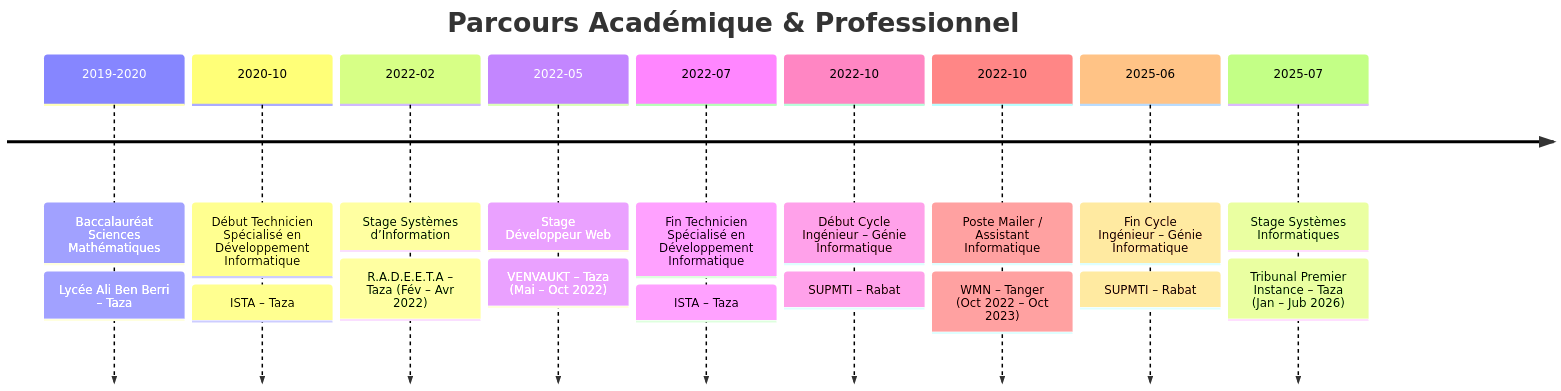
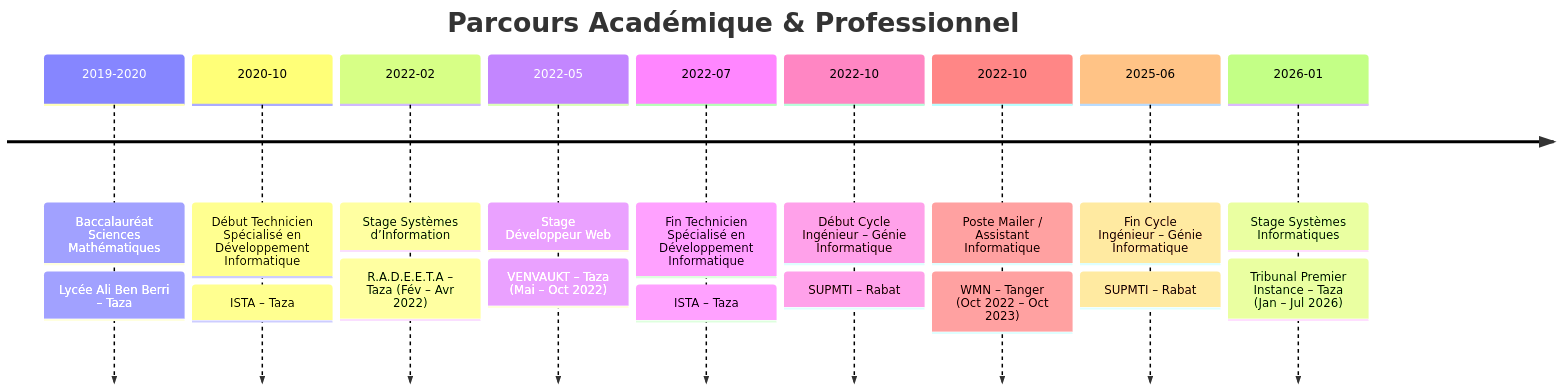
The diagram in README.md (AYMANE777/AYMANE777), drawn with Mermaid before and after one commit.

Commit message:
Update internship date in README.md

````diff
--- a/README.md
+++ b/README.md
@@ -70,32 +70,32 @@
 ```mermaid
 timeline
     title Parcours Académique & Professionnel
 
     2019-2020 : Baccalauréat Sciences Mathématiques
               : Lycée Ali Ben Berri – Taza
 
     2020-10 : Début Technicien Spécialisé en Développement Informatique
             : ISTA – Taza
 
     2022-02 : Stage Systèmes d’Information
             : R.A.D.E.E.T.A – Taza (Fév – Avr 2022)
 
     2022-05 : Stage Développeur Web
             : VENVAUKT – Taza (Mai – Oct 2022)
 
     2022-07 : Fin Technicien Spécialisé en Développement Informatique
             : ISTA – Taza
 
     2022-10 : Début Cycle Ingénieur – Génie Informatique
             : SUPMTI – Rabat
 
     2022-10 : Poste Mailer / Assistant Informatique
             : WMN – Tanger (Oct 2022 – Oct 2023)
 
     2025-06 : Fin Cycle Ingénieur – Génie Informatique
             : SUPMTI – Rabat
 
-    2025-07 : Stage Systèmes Informatiques
-            : Tribunal Premier Instance – Taza (Jan – Jub 2026)
+    2026-01 : Stage Systèmes Informatiques
+            : Tribunal Premier Instance – Taza (Jan – Jul 2026)
     
 ```
````
